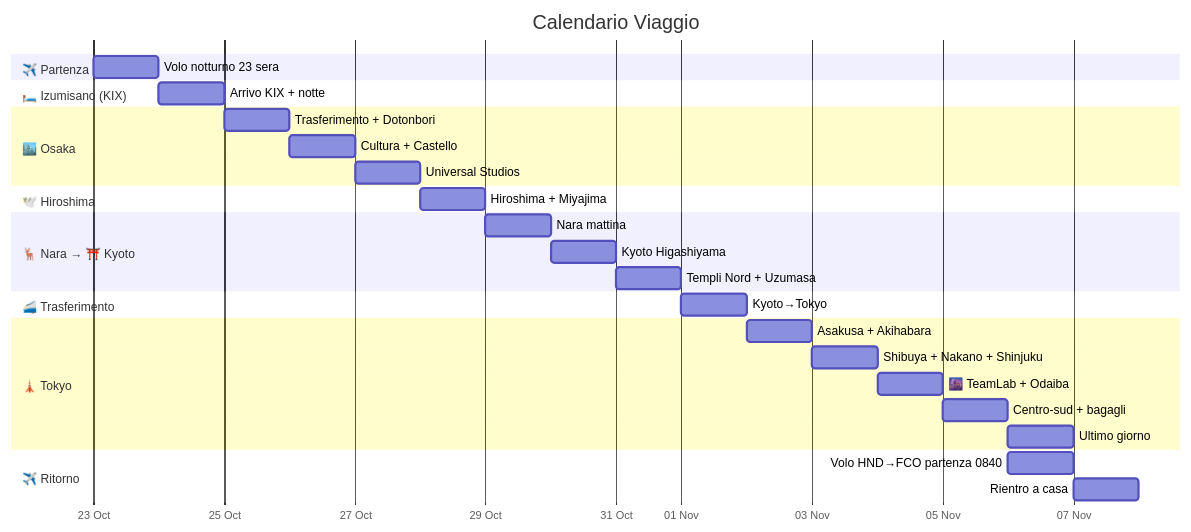
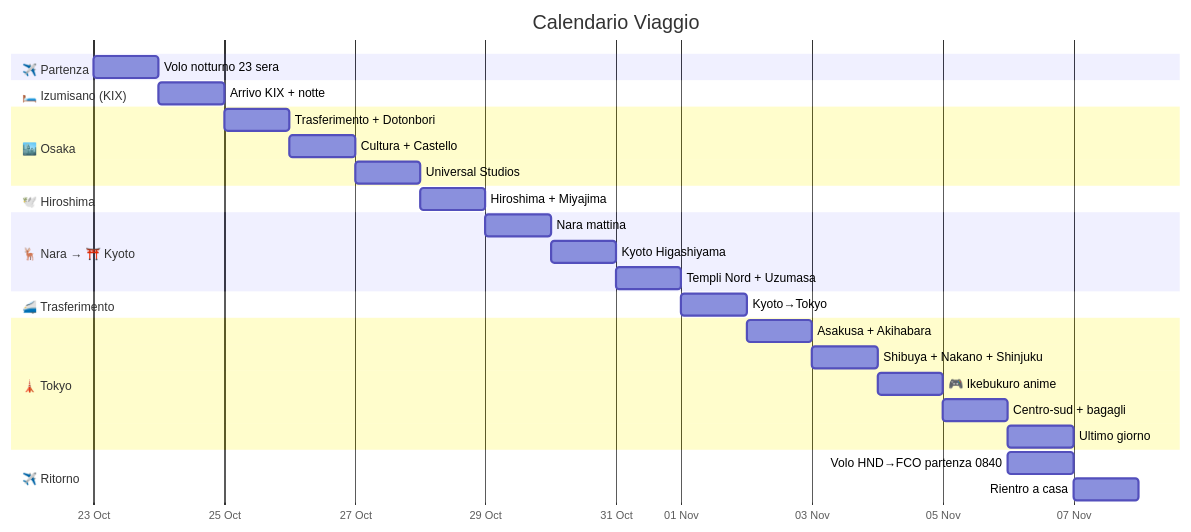
One commit to LorenzoPolito/Travel-Vault changed the second of 3 diagrams in Itinerari/Japan/2026/Itinerario-Giappone-23ott-6nov2026.md. Above: the diagram before and after it, drawn with Mermaid. The commit also changed other lines of this file and 10 other files, not shown here.

First line of the commit message:
Tokyo nerd+kawaii: TeamLab rimosso, Sanrio Puroland aggiunto al G12 + Ikebukuro

````diff
--- a/Itinerari/Japan/2026/Itinerario-Giappone-23ott-6nov2026.md
+++ b/Itinerari/Japan/2026/Itinerario-Giappone-23ott-6nov2026.md
@@ -82,39 +82,39 @@
 ```mermaid
 gantt
     title Calendario Viaggio
     dateFormat  YYYY-MM-DD
     axisFormat  %d %b
 
     section ✈️ Partenza
     Volo notturno 23 sera   :g1, 2026-10-23, 1d
 
     section 🛏️ Izumisano (KIX)
     Arrivo KIX + notte      :g2, 2026-10-24, 1d
 
     section 🏙️ Osaka
     Trasferimento + Dotonbori :g3, 2026-10-25, 1d
     Cultura + Castello     :2026-10-26, 1d
     Universal Studios      :2026-10-27, 1d
 
     section 🕊️ Hiroshima
     Hiroshima + Miyajima   :2026-10-28, 1d
 
     section 🦌 Nara → ⛩️ Kyoto
     Nara mattina           :g7, 2026-10-29, 1d
     Kyoto Higashiyama      :2026-10-30, 1d
     Templi Nord + Uzumasa  :2026-10-31, 1d
 
     section 🚄 Trasferimento
     Kyoto→Tokyo            :2026-11-01, 1d
 
     section 🗼 Tokyo
     Asakusa + Akihabara    :2026-11-02, 1d
     Shibuya + Nakano + Shinjuku :2026-11-03, 1d
-    🌆 TeamLab + Odaiba    :2026-11-04, 1d
+    🎮 Ikebukuro anime     :2026-11-04, 1d
     Centro-sud + bagagli   :2026-11-05, 1d
     Ultimo giorno          :2026-11-06, 1d
 
     section ✈️ Ritorno
     Volo HND→FCO partenza 0840 :2026-11-06, 1d
     Rientro a casa           :2026-11-07, 1d
 ```
````
